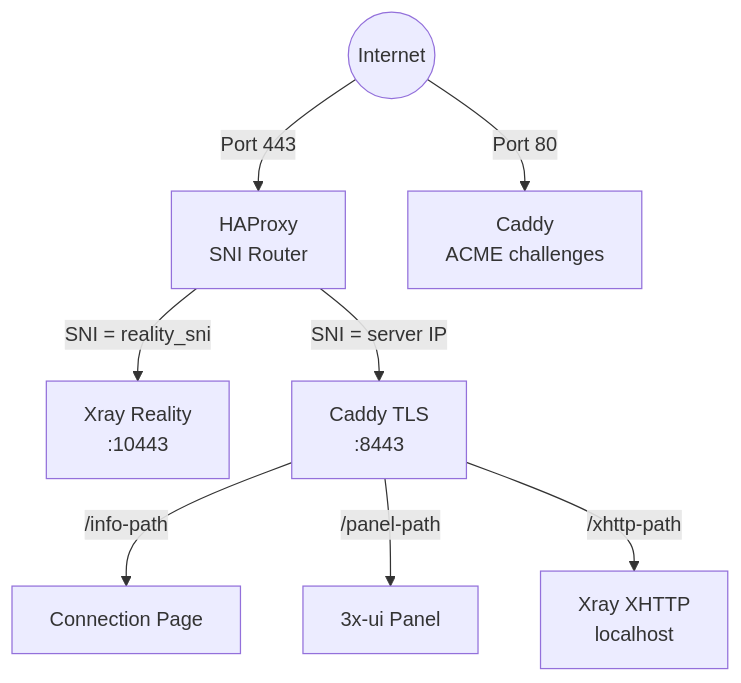
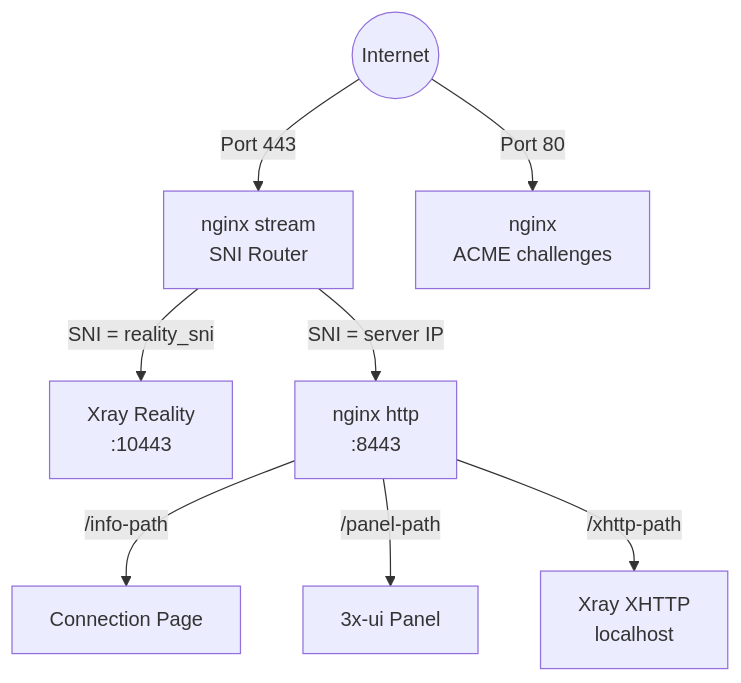
Before and after one commit to optimizatormk8/veytr-meridian: the first of 3 diagrams in website/src/content/docs/en/architecture.md, drawn with Mermaid. The commit also changed other lines of this file and 60 other files, not shown here.

First line of the commit message:
Replace HAProxy + Caddy with nginx + acme.sh

````diff
--- a/website/src/content/docs/en/architecture.md
+++ b/website/src/content/docs/en/architecture.md
@@ -22,10 +21,10 @@
 ```mermaid
 flowchart TD
-    Internet((Internet)) -->|Port 443| HAProxy[HAProxy<br>SNI Router]
-    HAProxy -->|"SNI = reality_sni"| Xray["Xray Reality<br>:10443"]
-    HAProxy -->|"SNI = server IP"| Caddy["Caddy TLS<br>:8443"]
-    Caddy -->|/info-path| Page[Connection Page]
-    Caddy -->|/panel-path| Panel[3x-ui Panel]
-    Caddy -->|/xhttp-path| XrayXHTTP["Xray XHTTP<br>localhost"]
-    Internet -->|Port 80| CaddyACME["Caddy<br>ACME challenges"]
+    Internet((Internet)) -->|Port 443| Nginx[nginx stream<br>SNI Router]
+    Nginx -->|"SNI = reality_sni"| Xray["Xray Reality<br>:10443"]
+    Nginx -->|"SNI = server IP"| NginxHTTP["nginx http<br>:8443"]
+    NginxHTTP -->|/info-path| Page[Connection Page]
+    NginxHTTP -->|/panel-path| Panel[3x-ui Panel]
+    NginxHTTP -->|/xhttp-path| XrayXHTTP["Xray XHTTP<br>localhost"]
+    Internet -->|Port 80| NginxACME["nginx<br>ACME challenges"]
 ```
````
